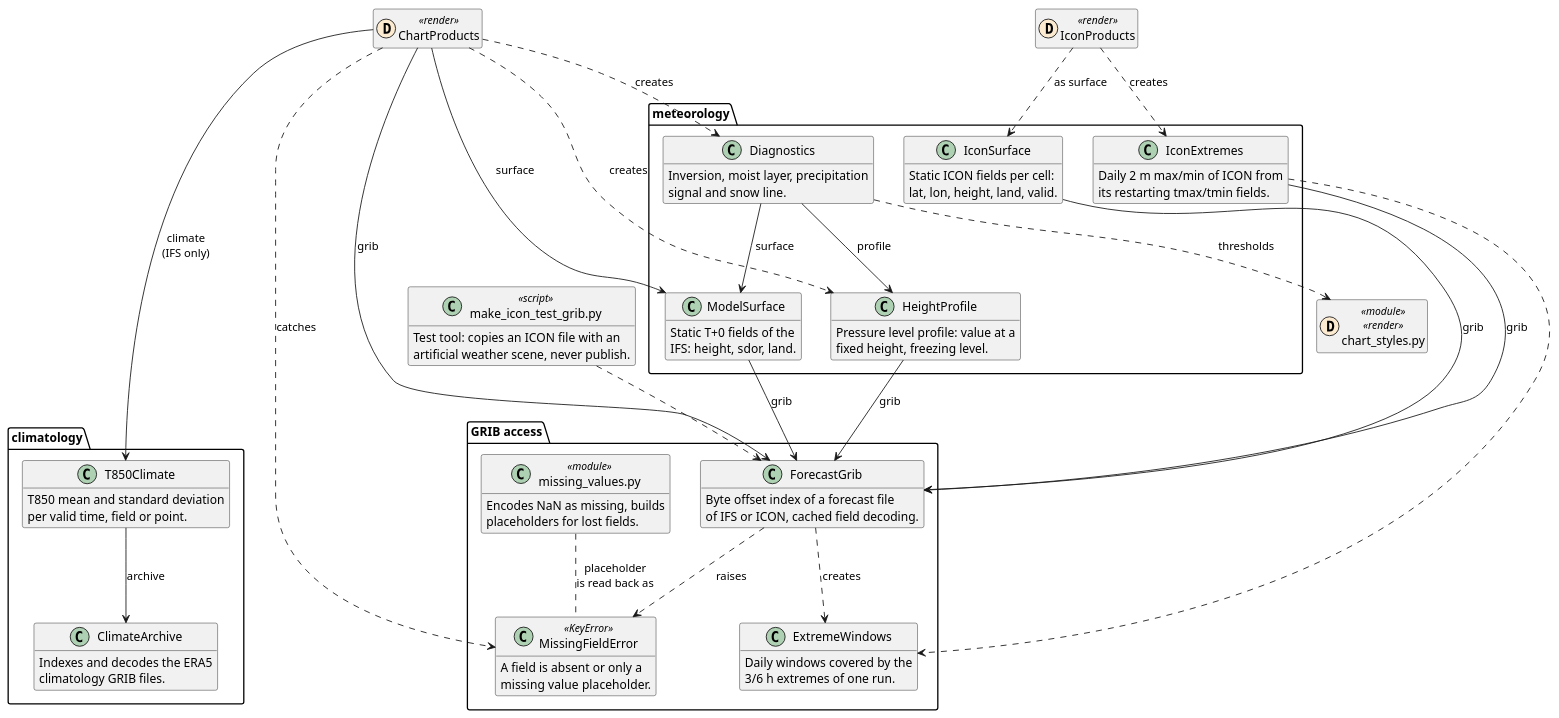
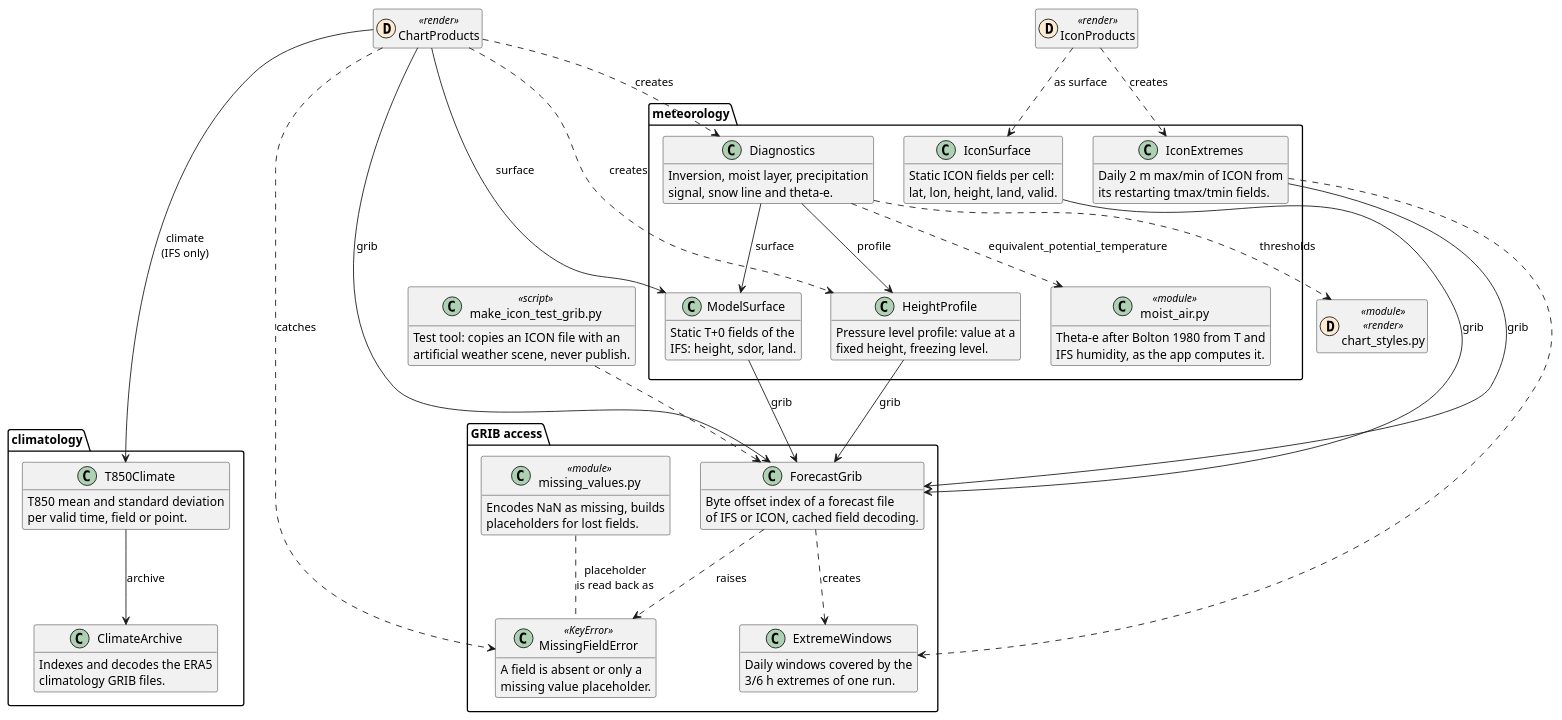
The fourth of 5 diagrams in REFERENCE.scripts.md (schletz/wetterkartenviewer), drawn with PlantUML before and after one commit. The commit also changed other lines of this file and 19 other files, not shown here.

First line of the commit message:
Add theta-e at 850 hPa as derived field and line in the T850 panel

```diff
--- a/REFERENCE.scripts.md
+++ b/REFERENCE.scripts.md
@@ -355,7 +355,11 @@
  }
  class Diagnostics {
  Inversion, moist layer, precipitation
- signal and snow line.
+ signal, snow line and theta-e.
+ }
+ class "moist_air.py" as moist_air <<module>> {
+ Theta-e after Bolton 1980 from T and
+ IFS humidity, as the app computes it.
  }
  class IconExtremes {
  Daily 2 m max/min of ICON from
@@ -393,6 +397,7 @@
 Diagnostics --> HeightProfile : profile
 Diagnostics --> ModelSurface : surface
 Diagnostics ..> chart_styles : thresholds
+Diagnostics ..> moist_air : equivalent_potential_temperature
 IconExtremes --> ForecastGrib : grib
 IconExtremes ..> ExtremeWindows
 T850Climate --> ClimateArchive : archive
```
